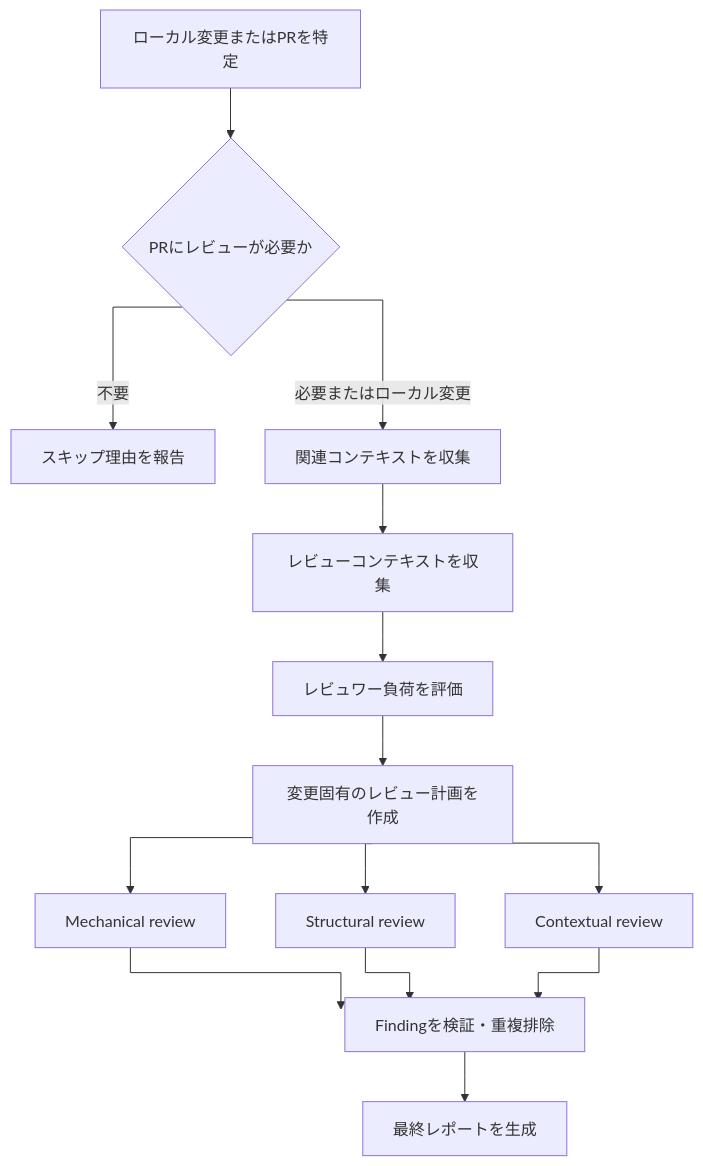
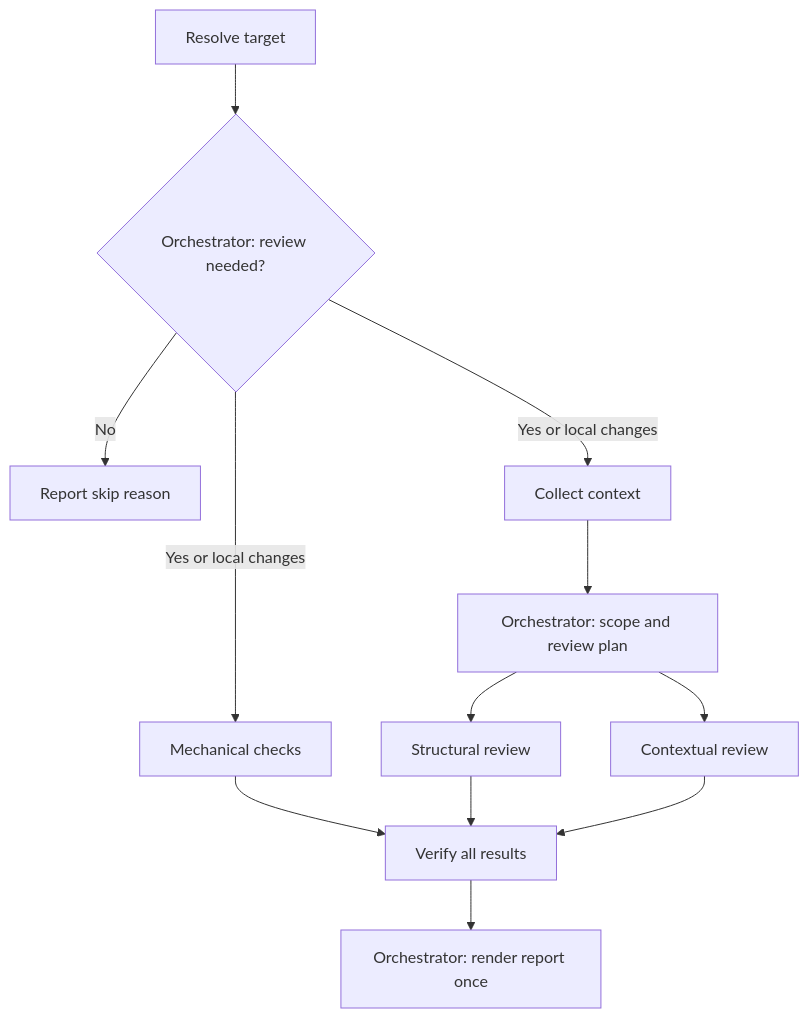
The diagram in docs/README.ja.md (takuto-san/review), drawn with Mermaid before and after one commit. The commit also changed other lines of this file and 20 other files, not shown here.

Commit message:
Streamline review orchestration and move validation into checks

````diff
--- a/docs/README.ja.md
+++ b/docs/README.ja.md
@@ -71,17 +71,14 @@
 ```mermaid
-%%{init: {"flowchart": {"curve": "stepAfter"}}}%%
 flowchart TD
-    A[ローカル変更またはPRを特定] --> B{PRにレビューが必要か}
-    B -->|不要| X[スキップ理由を報告]
-    B -->|必要またはローカル変更| C[関連コンテキストを収集]
-    C --> D[レビューコンテキストを収集]
-    D --> E[レビュワー負荷を評価]
-    E --> F[変更固有のレビュー計画を作成]
-    F --> G1[Mechanical review]
-    F --> G2[Structural review]
-    F --> G3[Contextual review]
-    G1 --> H[Findingを検証・重複排除]
-    G2 --> H
-    G3 --> H
-    H --> I[最終レポートを生成]
+    A[Resolve target] --> B{Orchestrator: review needed?}
+    B -->|No| X[Report skip reason]
+    B -->|Yes or local changes| C[Collect context]
+    B -->|Yes or local changes| M[Mechanical checks]
+    C --> P[Orchestrator: scope and review plan]
+    P --> S[Structural review]
+    P --> T[Contextual review]
+    M --> V[Verify all results]
+    S --> V
+    T --> V
+    V --> R[Orchestrator: render report once]
 ```
````
